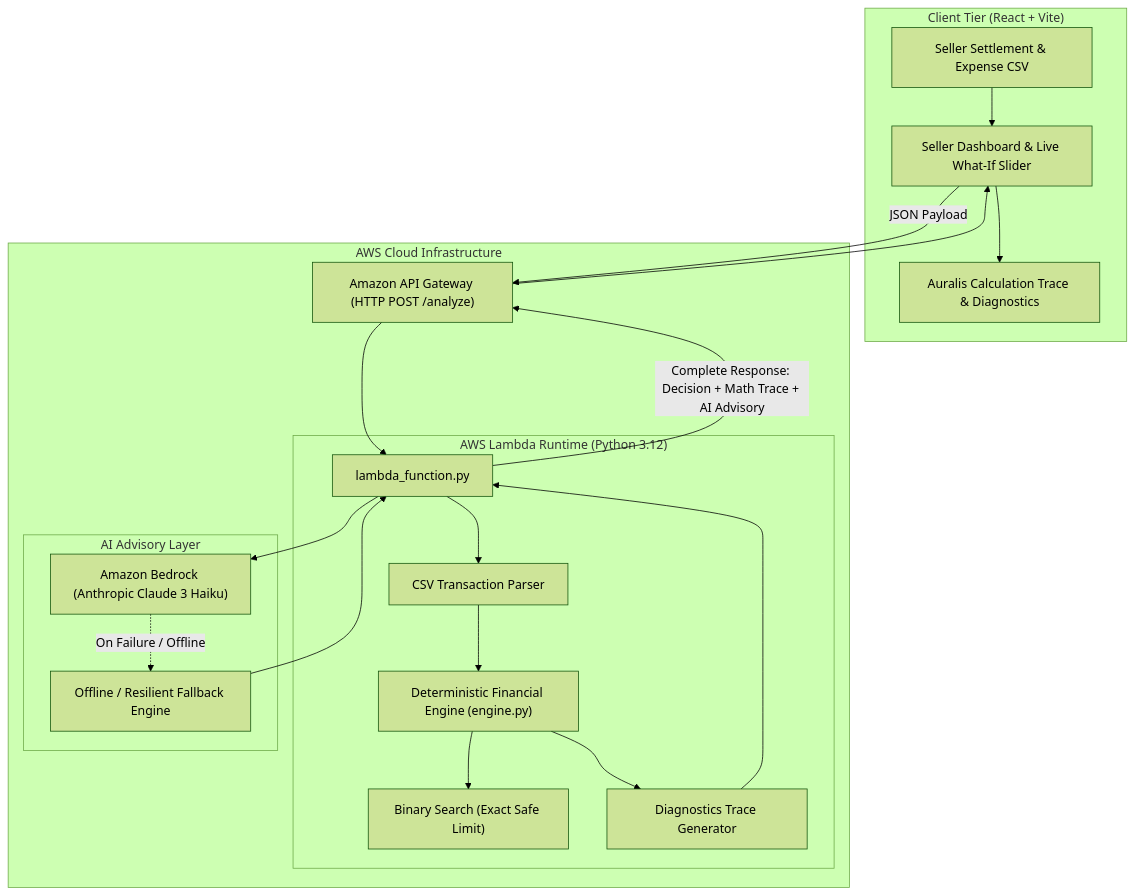
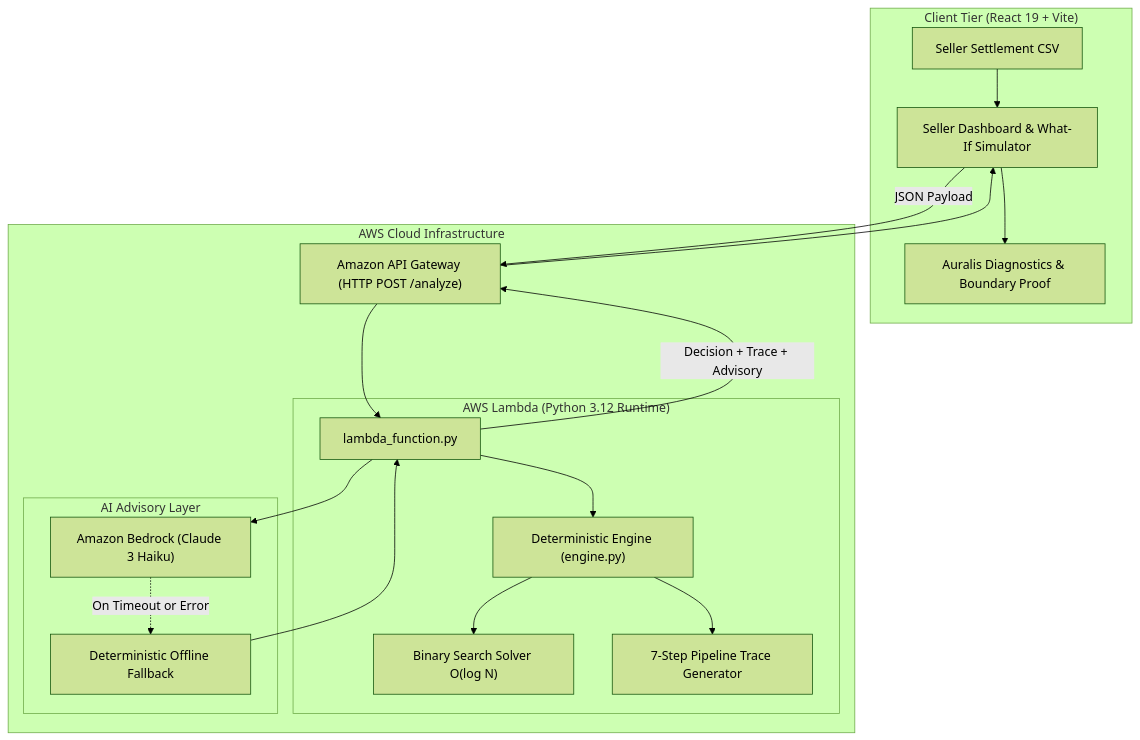
The diagram in README.md (Jakmaroli/BuySafe), drawn with Mermaid (forest theme) before and after one commit. The commit also changed other lines of this file, not shown here.

Commit message:
docs: overhaul README with ₹1 boundary proof hook and judge walkthrough

````diff
--- a/README.md
+++ b/README.md
@@ -35,40 +141,37 @@
 ```mermaid
 flowchart TD
-    subgraph Client ["Client Tier (React + Vite)"]
-        UI["Seller Dashboard & Live What-If Slider"]
-        TracePanel["Auralis Calculation Trace & Diagnostics"]
-        CSVFile["Seller Settlement & Expense CSV"]
+    subgraph Client ["Client Tier (React 19 + Vite)"]
+        UI["Seller Dashboard & What-If Simulator"]
+        Debugger["Auralis Diagnostics & Boundary Proof"]
+        CSVFile["Seller Settlement CSV"]
     end
 
     subgraph AWS ["AWS Cloud Infrastructure"]
         APIGW["Amazon API Gateway (HTTP POST /analyze)"]
         
-        subgraph ServerlessLambda ["AWS Lambda Runtime (Python 3.12)"]
+        subgraph Lambda ["AWS Lambda (Python 3.12 Runtime)"]
             Handler["lambda_function.py"]
-            Parser["CSV Transaction Parser"]
-            Engine["Deterministic Financial Engine (engine.py)"]
-            MaxSafeBS["Binary Search (Exact Safe Limit)"]
-            TraceGen["Diagnostics Trace Generator"]
+            Engine["Deterministic Engine (engine.py)"]
+            Solver["Binary Search Solver O(log N)"]
+            Trace["7-Step Pipeline Trace Generator"]
         end
 
         subgraph AI ["AI Advisory Layer"]
-            Bedrock["Amazon Bedrock (Anthropic Claude 3 Haiku)"]
-            Fallback["Offline / Resilient Fallback Engine"]
+            Bedrock["Amazon Bedrock (Claude 3 Haiku)"]
+            Fallback["Deterministic Offline Fallback"]
         end
     end
 
     CSVFile --> UI
     UI -->|JSON Payload| APIGW
     APIGW --> Handler
-    Handler --> Parser
-    Parser --> Engine
-    Engine --> MaxSafeBS
-    Engine --> TraceGen
-    TraceGen --> Handler
+    Handler --> Engine
+    Engine --> Solver
+    Engine --> Trace
     Handler --> Bedrock
-    Bedrock -.->|On Failure / Offline| Fallback
+    Bedrock -.->|On Timeout or Error| Fallback
     Fallback --> Handler
-    Handler -->|Complete Response: Decision + Math Trace + AI Advisory| APIGW
+    Handler -->|Decision + Trace + Advisory| APIGW
     APIGW --> UI
-    UI --> TracePanel
+    UI --> Debugger
 ```
````
